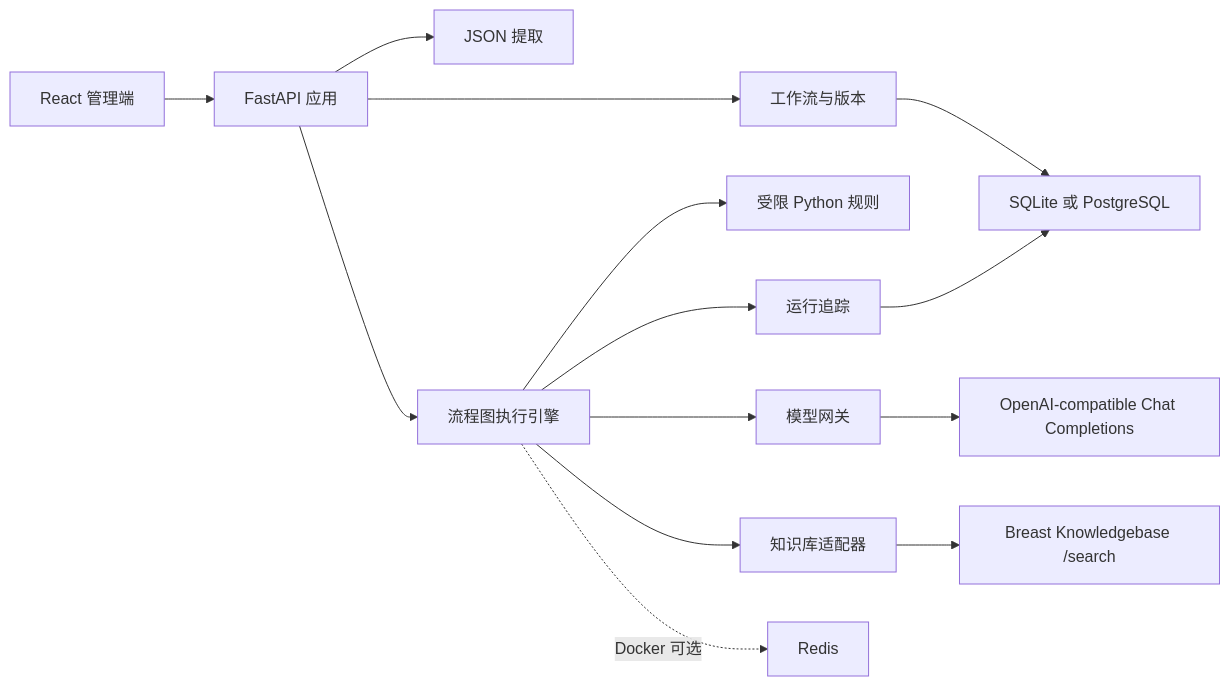
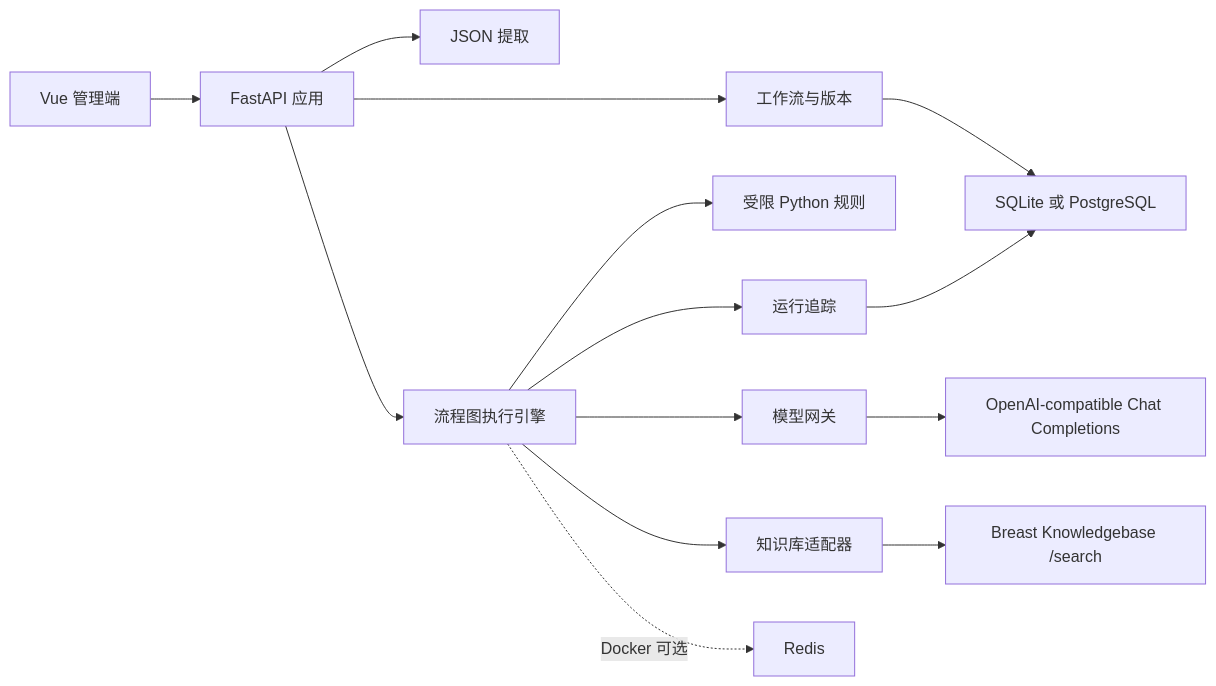
One commit to kyunull/breast_agent_platform changed the diagram in docs/superpowers/specs/2026-08-17-breast-cancer-decision-agent-platform-design.md. Above: the diagram before and after it, drawn with Mermaid. The commit also changed other lines of this file and 2 other files, not shown here.

Commit message:
docs: specify Vue frontend and handoff

````diff
--- a/docs/superpowers/specs/2026-08-17-breast-cancer-decision-agent-platform-design.md
+++ b/docs/superpowers/specs/2026-08-17-breast-cancer-decision-agent-platform-design.md
@@ -53,16 +53,16 @@
 ```mermaid
 flowchart LR
-    UI["React 管理端"] --> API["FastAPI 应用"]
+    UI["Vue 管理端"] --> API["FastAPI 应用"]
     API --> WF["工作流与版本"]
     API --> EX["JSON 提取"]
     API --> RUN["流程图执行引擎"]
     RUN --> PY["受限 Python 规则"]
     RUN --> LLM["模型网关"]
     RUN --> KB["知识库适配器"]
     RUN --> TRACE["运行追踪"]
     LLM --> OAI["OpenAI-compatible Chat Completions"]
     KB --> BKB["Breast Knowledgebase /search"]
     WF --> DB["SQLite 或 PostgreSQL"]
     TRACE --> DB
     RUN -. "Docker 可选" .-> REDIS["Redis"]
 ```
````
